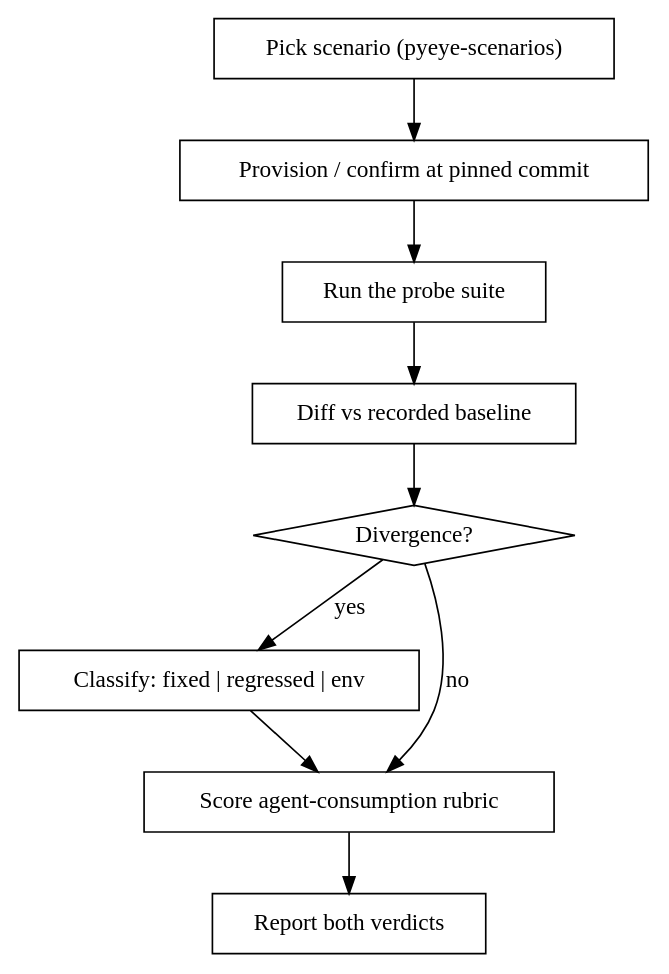
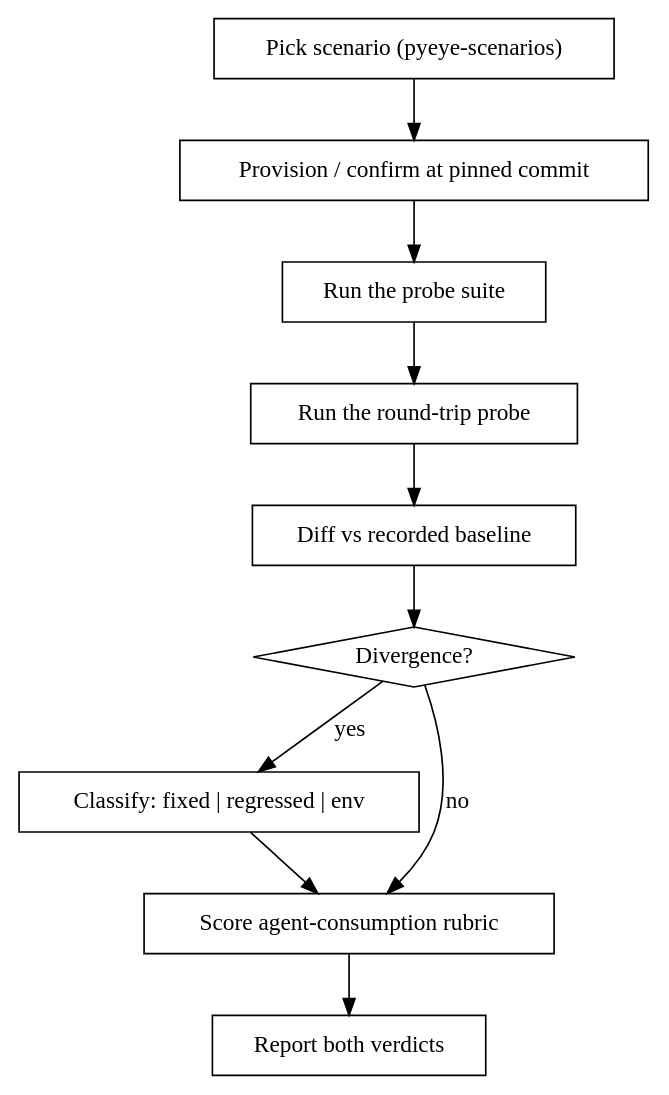
The diagram in .claude/skills/pyeye-verify/SKILL.md (okeefeco/pyeye-mcp), drawn with Graphviz before and after one commit. The commit also changed other lines of this file and 10 other files, not shown here.

First line of the commit message:
chore(process): decision-log Applies-to, round-trip probe, duplicate-code check (#616)

````diff
--- a/.claude/skills/pyeye-verify/SKILL.md
+++ b/.claude/skills/pyeye-verify/SKILL.md
@@ -29,22 +29,24 @@
 ```dot
 digraph pyeye_verify {
     rankdir=TB;
     "Pick scenario (pyeye-scenarios)" [shape=box];
     "Provision / confirm at pinned commit" [shape=box];
     "Run the probe suite" [shape=box];
+    "Run the round-trip probe" [shape=box];
     "Diff vs recorded baseline" [shape=box];
     "Divergence?" [shape=diamond];
     "Classify: fixed | regressed | env" [shape=box];
     "Score agent-consumption rubric" [shape=box];
     "Report both verdicts" [shape=box];
 
     "Pick scenario (pyeye-scenarios)" -> "Provision / confirm at pinned commit";
     "Provision / confirm at pinned commit" -> "Run the probe suite";
-    "Run the probe suite" -> "Diff vs recorded baseline";
+    "Run the probe suite" -> "Run the round-trip probe";
+    "Run the round-trip probe" -> "Diff vs recorded baseline";
     "Diff vs recorded baseline" -> "Divergence?";
     "Divergence?" -> "Classify: fixed | regressed | env" [label="yes"];
     "Divergence?" -> "Score agent-consumption rubric" [label="no"];
     "Classify: fixed | regressed | env" -> "Score agent-consumption rubric";
     "Score agent-consumption rubric" -> "Report both verdicts";
 }
 ```
````
